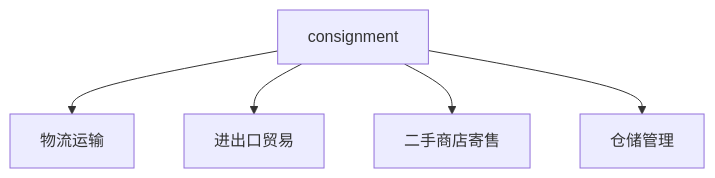
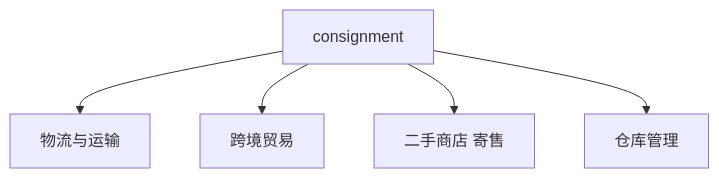
One commit to seki999/DialogueFlow changed the third of 5 diagrams in slides_backup/托业单词/20260630/07.md. Above: the diagram before and after it, drawn with Mermaid. The commit also changed other lines of this file and 28 other files, not shown here.

````diff
--- a/slides_backup/托业单词/20260630/07.md
+++ b/slides_backup/托业单词/20260630/07.md
@@ -50,7 +54,7 @@
 ```mermaid
 flowchart TD
-    A[consignment] --> B[物流运输]
-    A --> C[进出口贸易]
-    A --> D[二手商店寄售]
-    A --> E[仓储管理]
+    A[consignment] --> B[物流与运输]
+    A --> C[跨境贸易]
+    A --> D[二手商店 寄售]
+    A --> E[仓库管理]
 ```
````
